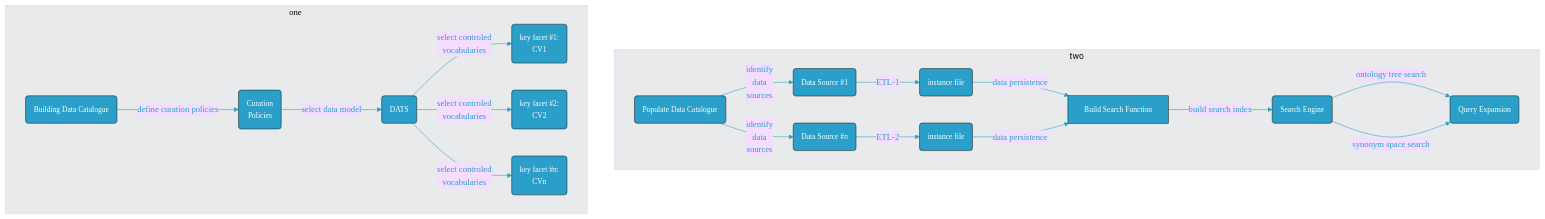
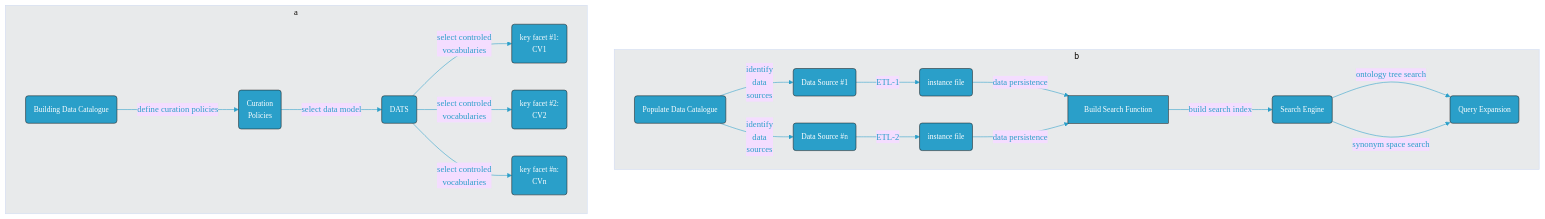
One commit to egonw/cookbook-dev changed the diagram in content/recipes/infrastructure/data-catalog.md. Above: the diagram before and after it, drawn with Mermaid (base theme). The commit also changed 41 other files, not shown here.

```diff
--- a/content/recipes/infrastructure/data-catalog.md
+++ b/content/recipes/infrastructure/data-catalog.md
@@ -44,33 +44,33 @@
  <div class="mermaid">
   graph TD
 
-  subgraph two
+  subgraph b
   AA(Populate Data Catalogue):::box
   AA --> |identify<br>data<br>sources| E(Data Source #1):::box
   AA --> |identify<br>data<br>sources| F(Data Source #n):::box
   
   E -->|ETL-1|B1(instance file):::box
   F -->|ETL-2|B2(instance file):::box
 
   B1 -->|data persistence| DL(document oriented database)
   B2 -->|data persistence| DL:::box
 
   DL[Build Search Function] --> |build search index|SE(Search Engine):::box
   SE -->|ontology tree search| SSS(Query Expansion):::box
   SE -->|synonym space search| SSS(Query Expansion)
   end
 
-  subgraph one
+  subgraph a
   A(Building Data Catalogue):::box
-  style one fill:#e8eaeb,font-family:avenir
-  style two fill:#e8eaeb
+  style a fill:#e8eaeb,font-family:avenir
+  style b fill:#e8eaeb
   A-->|define curation policies| A3(Curation<br> Policies):::box
   A3-->|select data model| B(DATS):::box
   B-->|select controled<br> vocabularies| CV1(key facet #1:<br> CV1):::box
   B-->|select controled<br> vocabularies| CV2(key facet #2:<br> CV2):::box
   B-->|select controled<br> vocabularies| CV3(key facet #n:<br> CVn):::box
 
   linkStyle 0,1,2,3,4,5,6,7,8,9,10,11,12,13 stroke:#2a9fc9,stroke-width:1px,color:#2a9fc9,font-family:avenir;
   classDef box font-family:avenir,font-size:14px,fill:#2a9fc9,stroke:#222,color:#fff,stroke-width:1px
   end
 </div>
```
